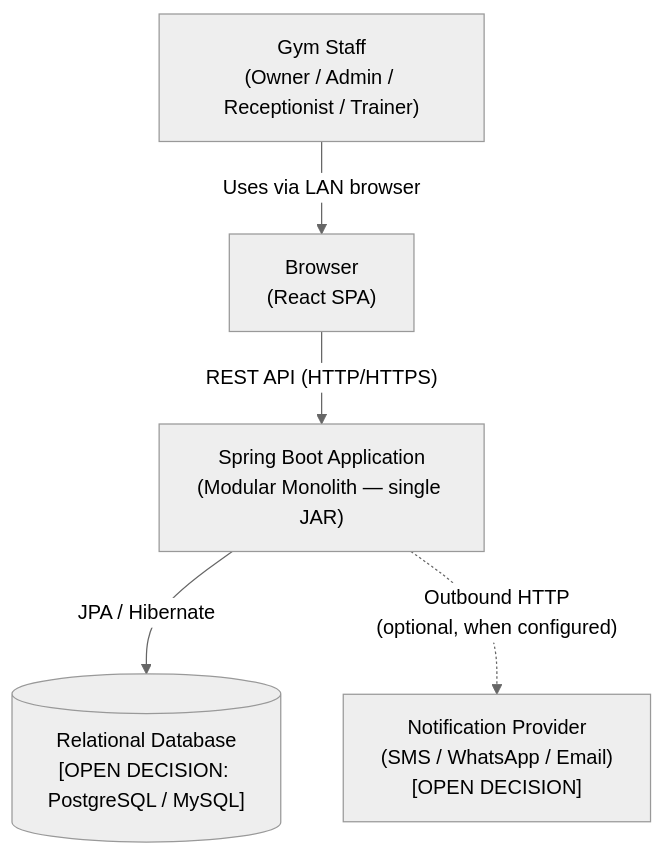
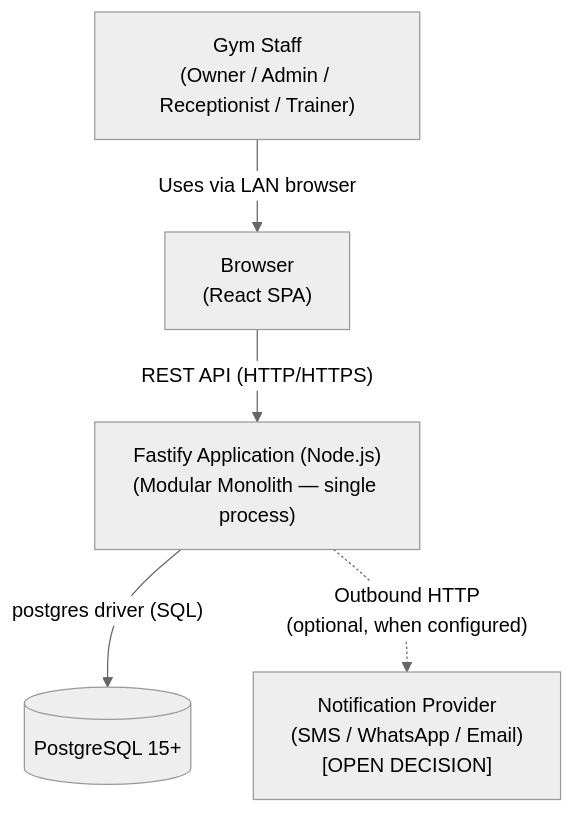
The first of 5 diagrams in backend/docs/02-system-architecture.md (sidpd51/gym-app), drawn with Mermaid (neutral theme) before and after one commit. The commit also changed other lines of this file and 5 other files, not shown here.

Commit message:
Migrate backend architecture documentation from Java to Node.js/Fastify

````diff
--- a/backend/docs/02-system-architecture.md
+++ b/backend/docs/02-system-architecture.md
@@ -41,13 +43,13 @@
 ```mermaid
 flowchart TD
     Staff["Gym Staff\n(Owner / Admin / Receptionist / Trainer)"]
     Browser["Browser\n(React SPA)"]
-    Backend["Spring Boot Application\n(Modular Monolith — single JAR)"]
-    DB[("Relational Database\n[OPEN DECISION: PostgreSQL / MySQL]")]
+    Backend["Fastify Application (Node.js)\n(Modular Monolith — single process)"]
+    DB[("PostgreSQL 15+")]
     Notif["Notification Provider\n(SMS / WhatsApp / Email)\n[OPEN DECISION]"]
 
     Staff -->|"Uses via LAN browser"| Browser
     Browser -->|"REST API (HTTP/HTTPS)"| Backend
-    Backend -->|"JPA / Hibernate"| DB
+    Backend -->|"postgres driver (SQL)"| DB
     Backend -.->|"Outbound HTTP\n(optional, when configured)"| Notif
 ```
````
